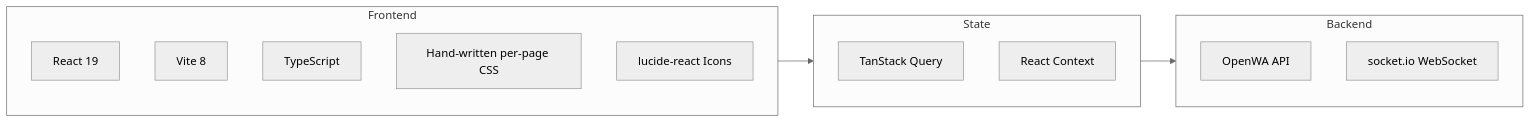
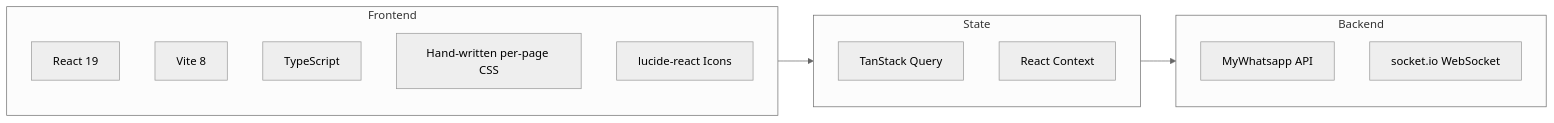
The first of 2 diagrams in docs/17-dashboard-design.md (Myenum2412/whatsapptool), drawn with Mermaid (neutral theme) before and after one commit. The commit also changed other lines of this file and 874 other files, not shown here.

````diff
--- a/docs/17-dashboard-design.md
+++ b/docs/17-dashboard-design.md
@@ -9,23 +9,23 @@
 ```mermaid
 flowchart LR
     subgraph Frontend
         REACT[React 19]
         VITE[Vite 8]
         TS[TypeScript]
         CSS[Hand-written per-page CSS]
         LUCIDE[lucide-react Icons]
     end
 
     subgraph State
         TANSTACK[TanStack Query]
         CTX[React Context]
     end
 
     subgraph Backend
-        API[OpenWA API]
+        API[MyWhatsapp API]
         WS[socket.io WebSocket]
     end
 
     Frontend --> State
     State --> Backend
 ```
````
